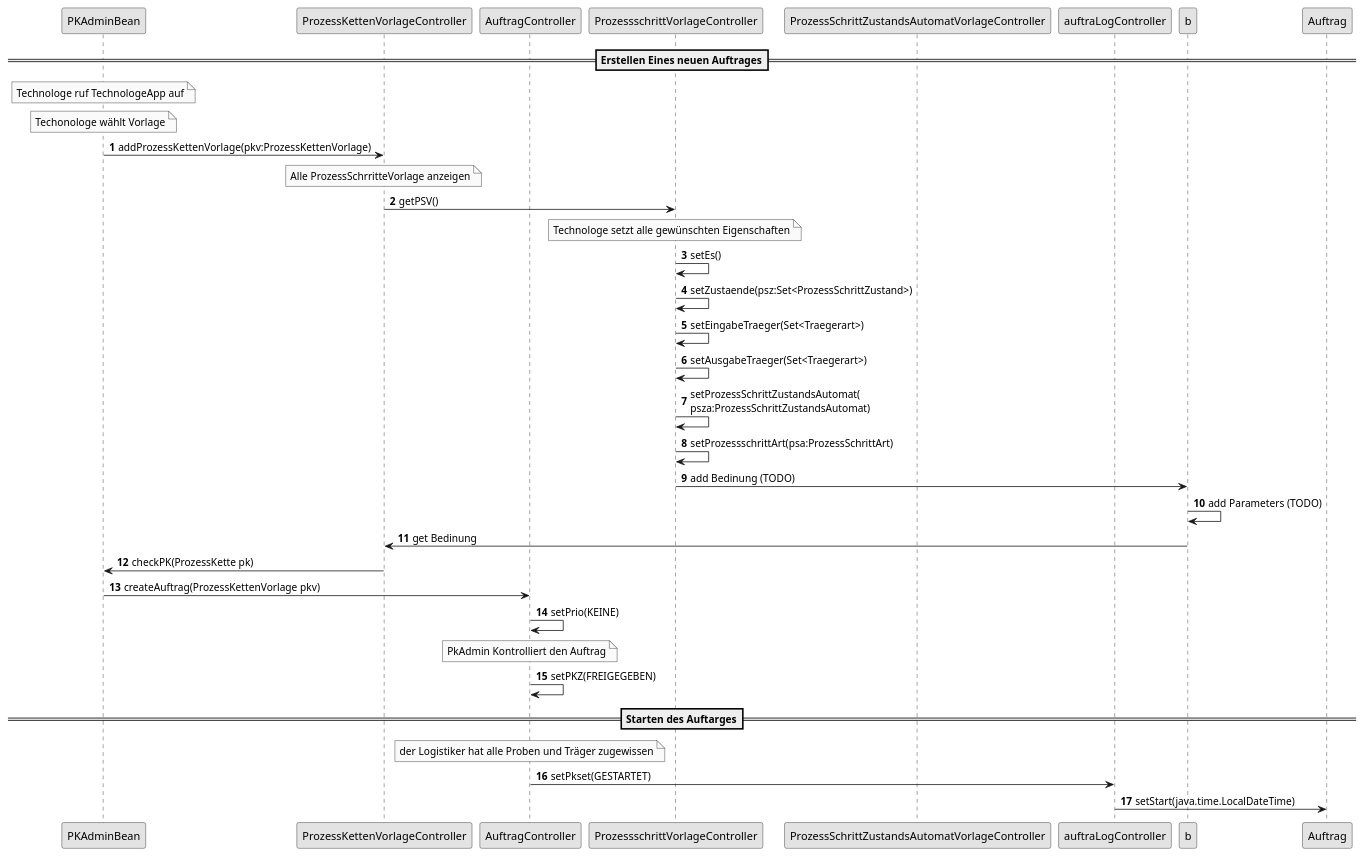
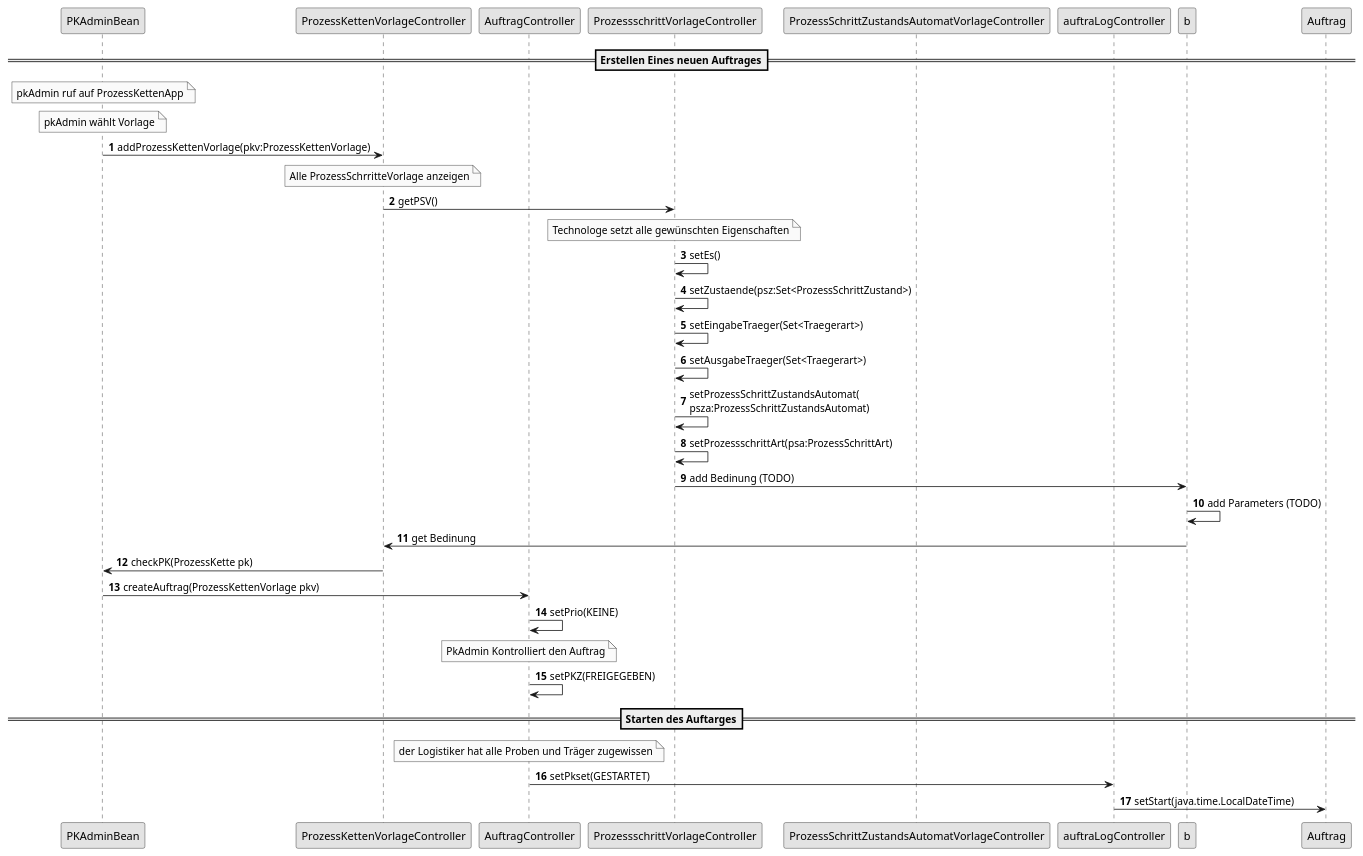
Before and after one commit to fkehlenb/softwareprojekt-2: the fourth of 10 diagrams in doc/UML/plantuml.org, drawn with PlantUML. The commit also changed other lines of this file and 1 other file, not shown here.

Commit message:
change name of actor

```diff
--- a/doc/UML/plantuml.org
+++ b/doc/UML/plantuml.org
@@ -65,40 +65,40 @@
-#+BEGIN_SRC plantuml :file pkErstellen.png
+#+BEGIN_SRC plantuml :file aw/pkErstellen.png
 autonumber
 skinparam monochrome true
 
 
 participant "PKAdminBean" as pkaB
 participant "ProzessKettenVorlageController" as pkv
 participant "AuftragController" as auftrag
 participant "ProzessschrittVorlageController" as psv
 participant "ProzessSchrittZustandsAutomatVorlageController" as psza
 participant "auftraLogController" as aLog
 
   ==Erstellen Eines neuen Auftrages== 
-note over pkaB : Technologe ruf TechnologeApp auf
-note over pkaB: Techonologe wählt Vorlage
+note over pkaB : pkAdmin ruf auf ProzessKettenApp
+note over pkaB: pkAdmin wählt Vorlage
 pkaB -> pkv : addProzessKettenVorlage(pkv:ProzessKettenVorlage)
 note over pkv : Alle ProzessSchrritteVorlage anzeigen
 pkv -> psv : getPSV()
 note over psv : Technologe setzt alle gewünschten Eigenschaften
 psv -> psv : setEs()
 psv -> psv : setZustaende(psz:Set<ProzessSchrittZustand>)
 psv -> psv :  setEingabeTraeger(Set<Traegerart>)
 psv -> psv : setAusgabeTraeger(Set<Traegerart>)
 psv -> psv : setProzessSchrittZustandsAutomat(\npsza:ProzessSchrittZustandsAutomat)
 psv -> psv :  setProzessschrittArt(psa:ProzessSchrittArt)
 psv -> b : add Bedinung (TODO) 
 b -> b : add Parameters (TODO)
 b -> pkv : get Bedinung
 pkv -> pkaB : checkPK(ProzessKette pk)
 pkaB -> auftrag : createAuftrag(ProzessKettenVorlage pkv)
 auftrag -> auftrag : setPrio(KEINE)
 note over auftrag : PkAdmin Kontrolliert den Auftrag 
 auftrag -> auftrag : setPKZ(FREIGEGEBEN)
 ==Starten des Auftarges== 
 note over auftrag : der Logistiker hat alle Proben und Träger zugewissen   
 auftrag -> aLog : setPkset(GESTARTET)
 aLog -> Auftrag : setStart(java.time.LocalDateTime)
 
 
 #+END_SRC
```
